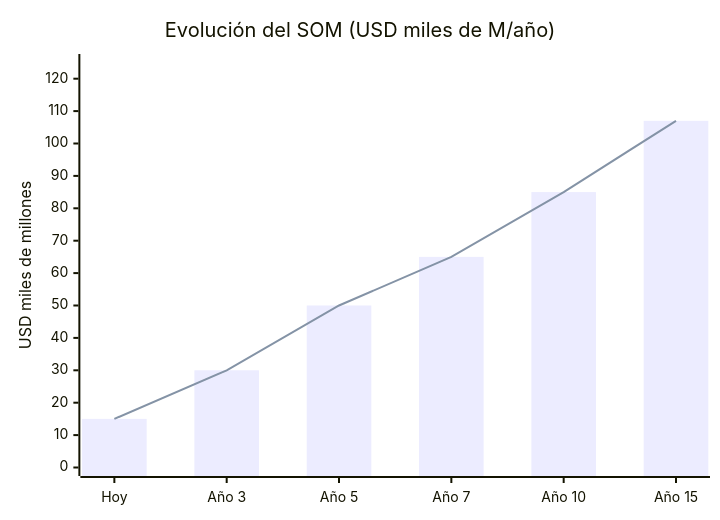
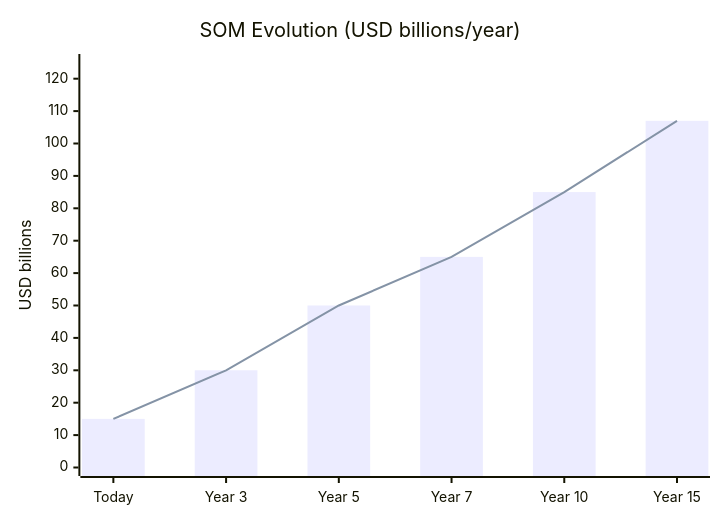
The third of 3 diagrams in i18n/en/docusaurus-plugin-content-docs/current/08-pitch/tam-sam-som.md (Venezuela-S-A/venezuela-sa), drawn with Mermaid before and after one commit. The commit also changed other lines of this file and 127 other files, not shown here.

````diff
--- a/i18n/en/docusaurus-plugin-content-docs/current/08-pitch/tam-sam-som.md
+++ b/i18n/en/docusaurus-plugin-content-docs/current/08-pitch/tam-sam-som.md
@@ -91,8 +91,8 @@
 ```mermaid
 xychart-beta
-    title "Evolución del SOM (USD miles de M/año)"
-    x-axis ["Hoy", "Año 3", "Año 5", "Año 7", "Año 10", "Año 15"]
-    y-axis "USD miles de millones" 0 --> 125
+    title "SOM Evolution (USD billions/year)"
+    x-axis ["Today", "Year 3", "Year 5", "Year 7", "Year 10", "Year 15"]
+    y-axis "USD billions" 0 --> 125
     bar [15, 30, 50, 65, 85, 107]
     line [15, 30, 50, 65, 85, 107]
 ```
````
